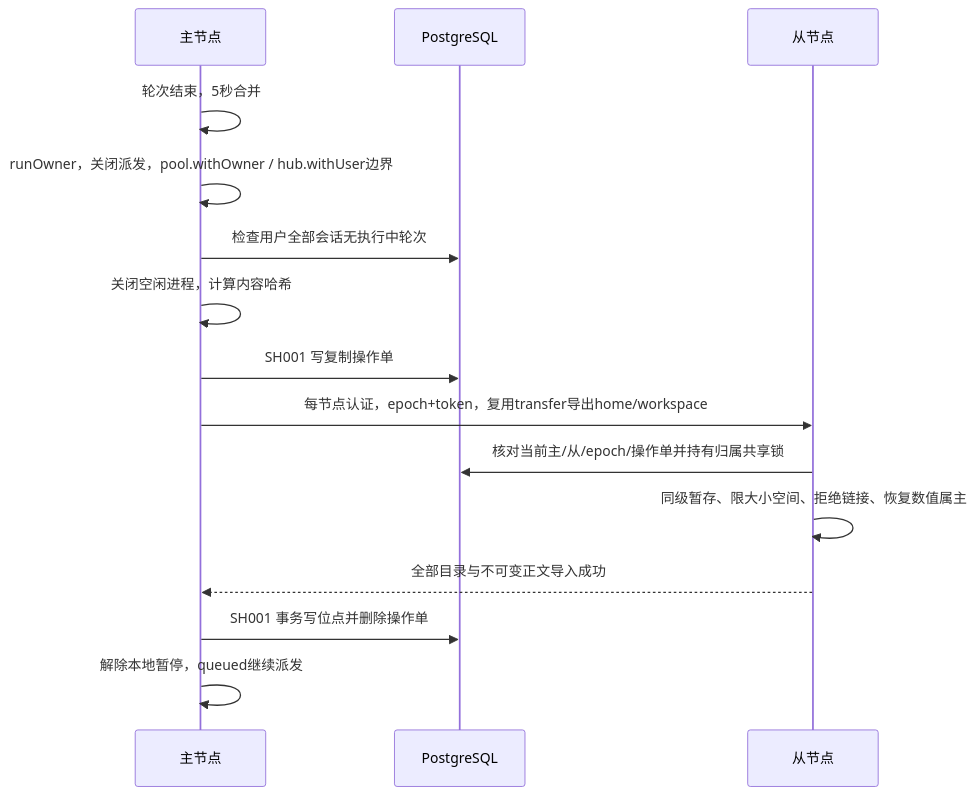
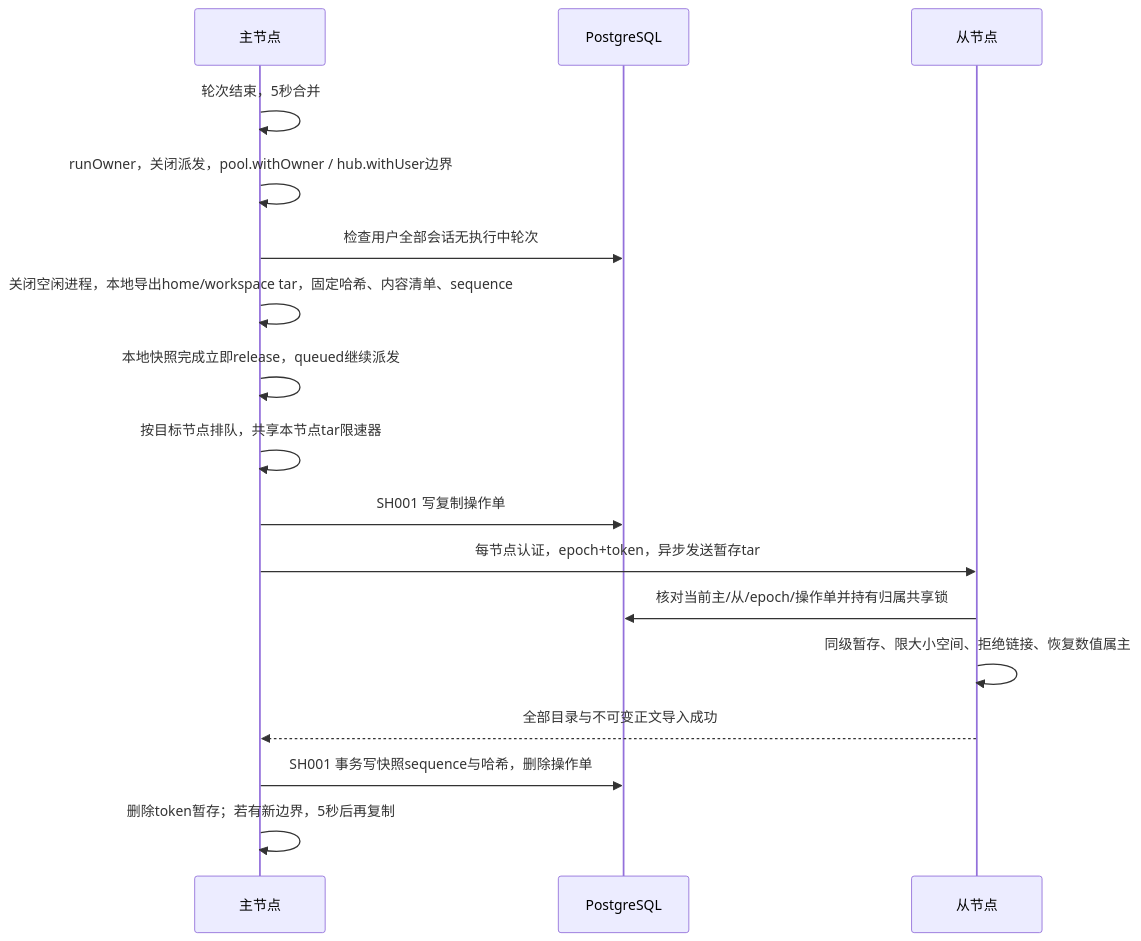
One commit to pengcong2020520/learn-codex-harness changed the first of 2 diagrams in stages/s18-replication/docs/design.md. Above: the diagram before and after it, drawn with Mermaid. The commit also changed other lines of this file and 21 other files, not shown here.

````diff
--- a/stages/s18-replication/docs/design.md
+++ b/stages/s18-replication/docs/design.md
@@ -7,17 +7,19 @@
 ```mermaid
 sequenceDiagram
  participant P as 主节点
  participant PG as PostgreSQL
  participant R as 从节点
  P->>P: 轮次结束，5秒合并
  P->>P: runOwner，关闭派发，pool.withOwner / hub.withUser边界
  P->>PG: 检查用户全部会话无执行中轮次
- P->>P: 关闭空闲进程，计算内容哈希
+ P->>P: 关闭空闲进程，本地导出home/workspace tar，固定哈希、内容清单、sequence
+ P->>P: 本地快照完成立即release，queued继续派发
+ P->>P: 按目标节点排队，共享本节点tar限速器
  P->>PG: SH001 写复制操作单
- P->>R: 每节点认证，epoch+token，复用transfer导出home/workspace
+ P->>R: 每节点认证，epoch+token，异步发送暂存tar
  R->>PG: 核对当前主/从/epoch/操作单并持有归属共享锁
  R->>R: 同级暂存、限大小空间、拒绝链接、恢复数值属主
  R-->>P: 全部目录与不可变正文导入成功
- P->>PG: SH001 事务写位点并删除操作单
- P->>P: 解除本地暂停，queued继续派发
+ P->>PG: SH001 事务写快照sequence与哈希，删除操作单
+ P->>P: 删除token暂存；若有新边界，5秒后再复制
 ```
````
